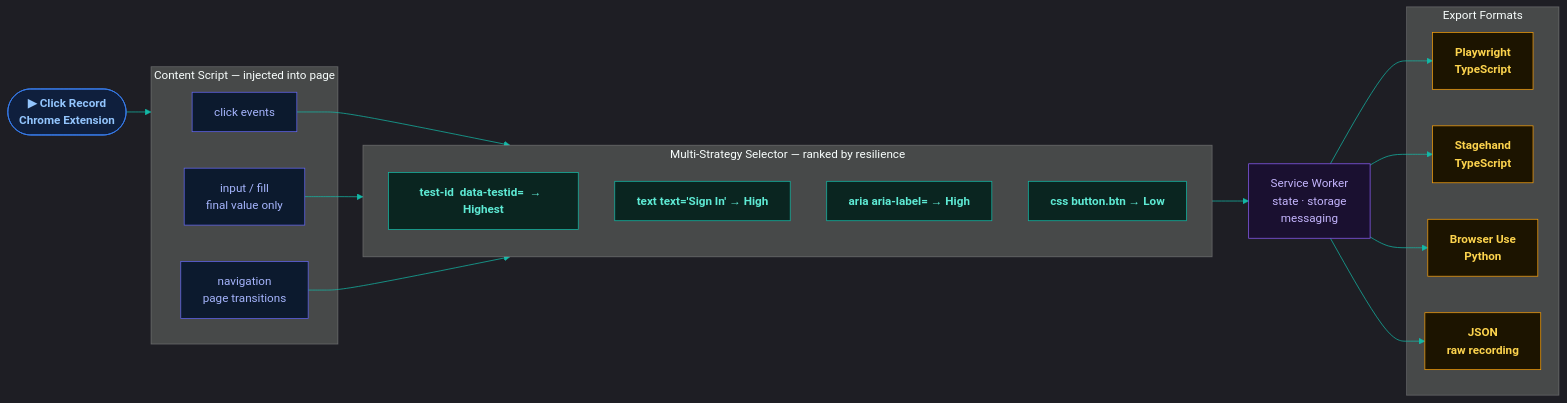
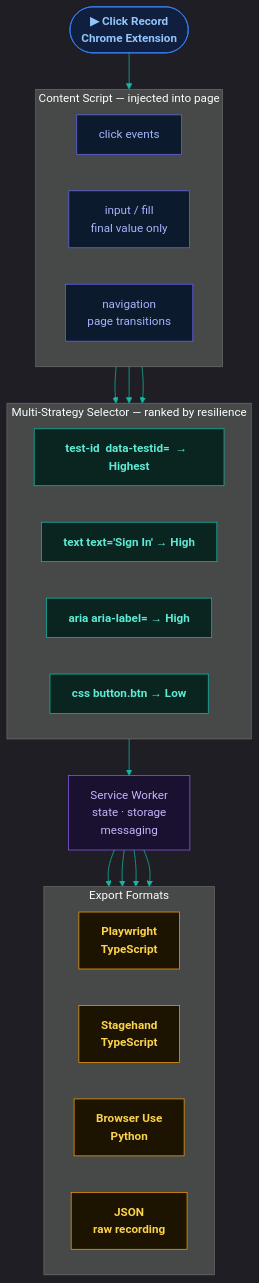
The diagram in README.md (m4cd4r4/recstitch), drawn with Mermaid before and after one commit.

Commit message:
chore: convert diagram LR \u2192 TD for better GitHub readability

````diff
--- a/README.md
+++ b/README.md
@@ -111,38 +111,41 @@
 ```mermaid
 %%{init: {'theme': 'dark', 'themeVariables': {'primaryColor': '#0f172a', 'primaryTextColor': '#e2e8f0', 'primaryBorderColor': '#14b8a6', 'lineColor': '#14b8a6'}}}%%
-flowchart LR
+flowchart TD
     classDef ext     fill:#0f1f3d,stroke:#3b82f6,color:#93c5fd,font-weight:bold
     classDef capture fill:#0c1a2e,stroke:#6366f1,color:#a5b4fc
     classDef sel     fill:#0a2520,stroke:#14b8a6,color:#5eead4,font-weight:bold
     classDef worker  fill:#1a1030,stroke:#8b5cf6,color:#c4b5fd
     classDef export  fill:#1c1400,stroke:#f59e0b,color:#fcd34d,font-weight:bold
 
     Record(["▶ Click Record\nChrome Extension"]):::ext
 
     subgraph CAPTURE["Content Script — injected into page"]
+        direction LR
         Click["click events"]:::capture
         Input["input / fill\nfinal value only"]:::capture
         Nav["navigation\npage transitions"]:::capture
     end
 
     subgraph SELECTOR["Multi-Strategy Selector — ranked by resilience"]
+        direction LR
         S1["test-id  data-testid=  →  Highest"]:::sel
         S2["text  text='Sign In'  →  High"]:::sel
         S3["aria  aria-label=  →  High"]:::sel
         S4["css  button.btn  →  Low"]:::sel
     end
 
     SW["Service Worker\nstate · storage\nmessaging"]:::worker
 
     subgraph EXPORT["Export Formats"]
+        direction LR
         PW["Playwright\nTypeScript"]:::export
         SH["Stagehand\nTypeScript"]:::export
         BU["Browser Use\nPython"]:::export
         JSON["JSON\nraw recording"]:::export
     end
 
     Record --> CAPTURE
     Click & Input & Nav --> SELECTOR
     SELECTOR --> SW
     SW --> PW & SH & BU & JSON
 ```
````
